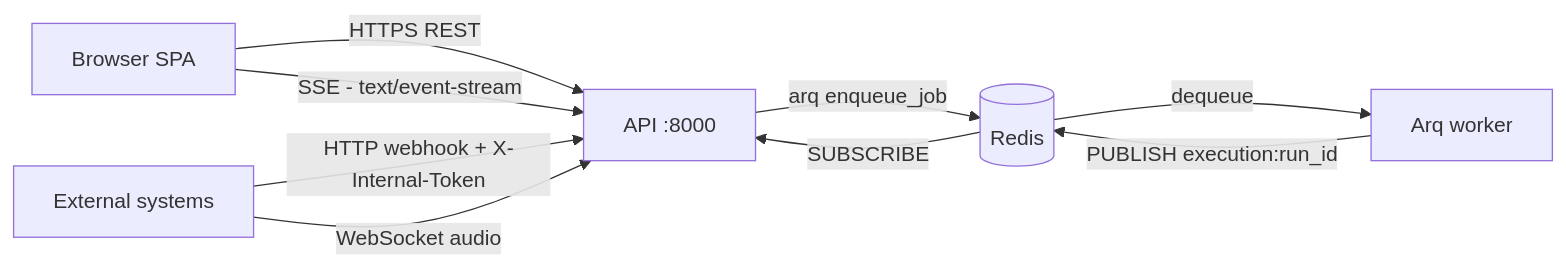
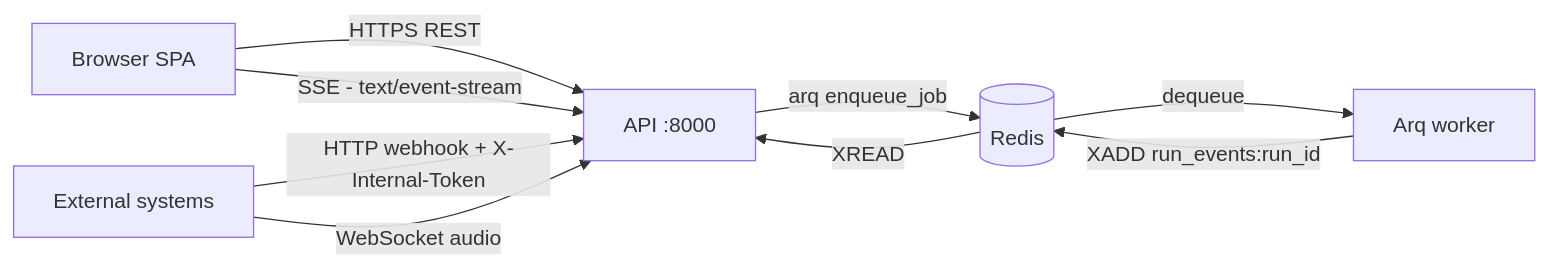
Before and after one commit to gondolerahul/hire-buddha-app: the eighth of 19 diagrams in docs/current/02-system-architecture.md, drawn with Mermaid. The commit also changed other lines of this file and 31 other files, not shown here.

````diff
--- a/docs/current/02-system-architecture.md
+++ b/docs/current/02-system-architecture.md
@@ -657,17 +657,17 @@
 ```mermaid
 graph LR
     SPA["Browser SPA"]
     API["API :8000"]
     WK["Arq worker"]
     RD[("Redis")]
     EXT["External systems"]
 
     SPA -->|"HTTPS REST"| API
     SPA -->|"SSE - text/event-stream"| API
     EXT -->|"HTTP webhook + X-Internal-Token"| API
     EXT -->|"WebSocket audio"| API
     API -->|"arq enqueue_job"| RD
     RD -->|"dequeue"| WK
-    WK -->|"PUBLISH execution:run_id"| RD
-    RD -->|"SUBSCRIBE"| API
+    WK -->|"XADD run_events:run_id"| RD
+    RD -->|"XREAD"| API
 ```
````
